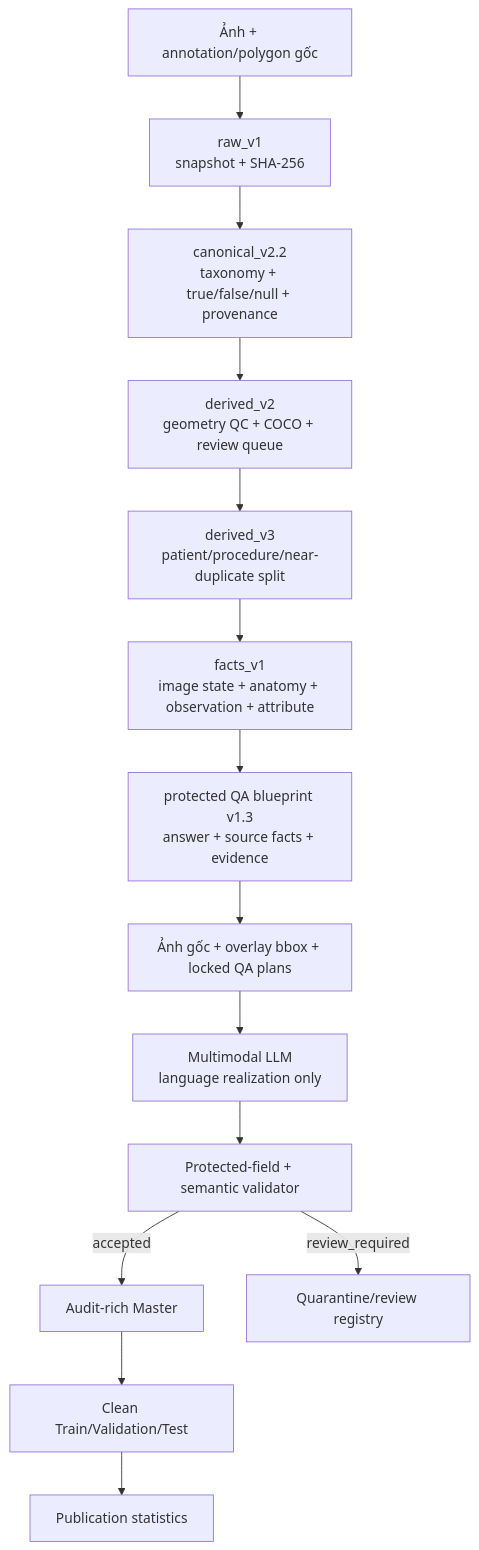
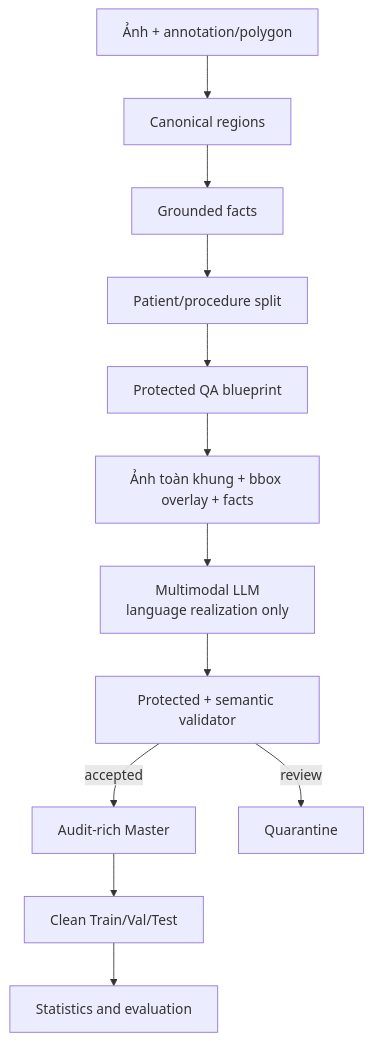
The diagram in README.md (ngocdungpham/Research-VQA), drawn with Mermaid before and after one commit. The commit also changed other lines of this file and 7 other files, not shown here.

````diff
--- a/README.md
+++ b/README.md
@@ -44,16 +42,14 @@
 ```mermaid
 flowchart TD
-    A[Ảnh + annotation/polygon gốc] --> B[raw_v1<br/>snapshot + SHA-256]
-    B --> C[canonical_v2.2<br/>taxonomy + true/false/null + provenance]
-    C --> D[derived_v2<br/>geometry QC + COCO + review queue]
-    D --> E[derived_v3<br/>patient/procedure/near-duplicate split]
-    E --> F[facts_v1<br/>image state + anatomy + observation + attribute]
-    F --> G[protected QA blueprint v1.3<br/>answer + source facts + evidence]
-    G --> H[Ảnh gốc + overlay bbox + locked QA plans]
-    H --> I[Multimodal LLM<br/>language realization only]
-    I --> J[Protected-field + semantic validator]
-    J -->|accepted| K[Audit-rich Master]
-    J -->|review_required| Q[Quarantine/review registry]
-    K --> L[Clean Train/Validation/Test]
-    L --> M[Publication statistics]
+    A[Ảnh + annotation/polygon] --> B[Canonical regions]
+    B --> C[Grounded facts]
+    C --> D[Patient/procedure split]
+    D --> E[Protected QA blueprint]
+    E --> F[Ảnh toàn khung + bbox overlay + facts]
+    F --> G[Multimodal LLM<br/>language realization only]
+    G --> H[Protected + semantic validator]
+    H -->|accepted| I[Audit-rich Master]
+    H -->|review| Q[Quarantine]
+    I --> J[Clean Train/Val/Test]
+    J --> K[Statistics and evaluation]
 ```
````
